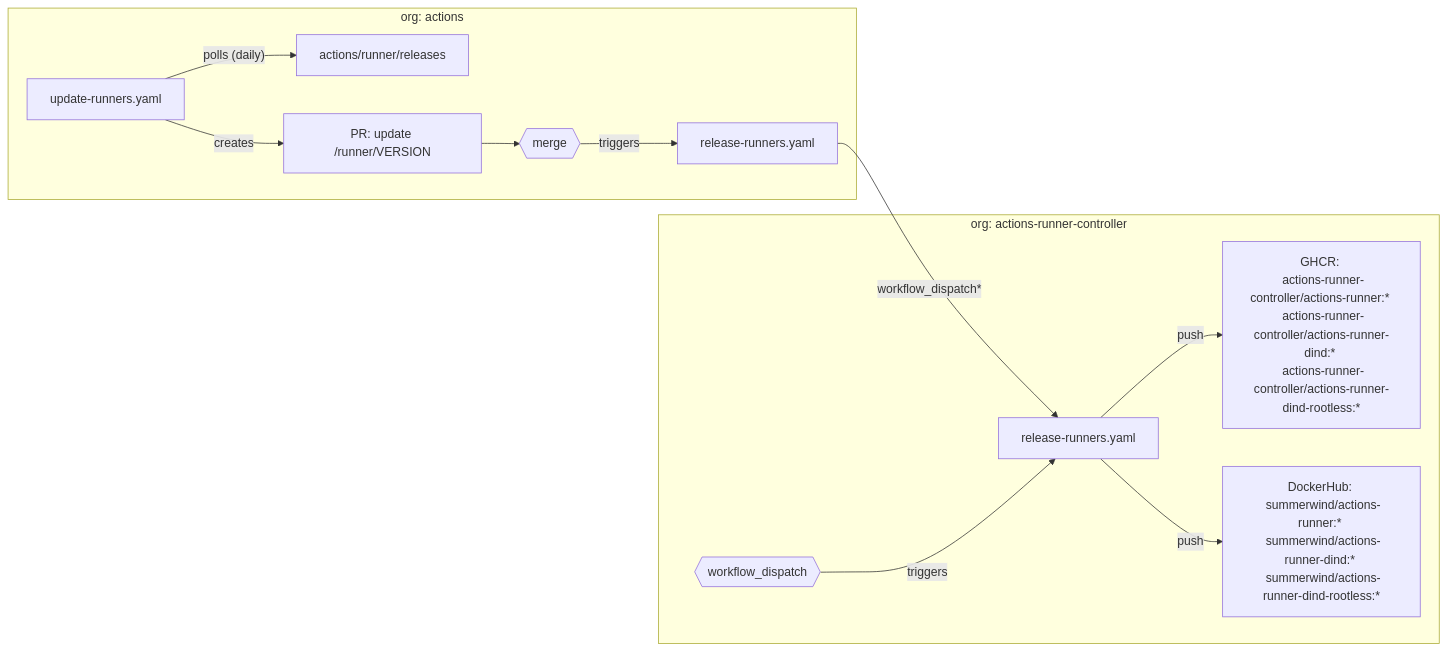
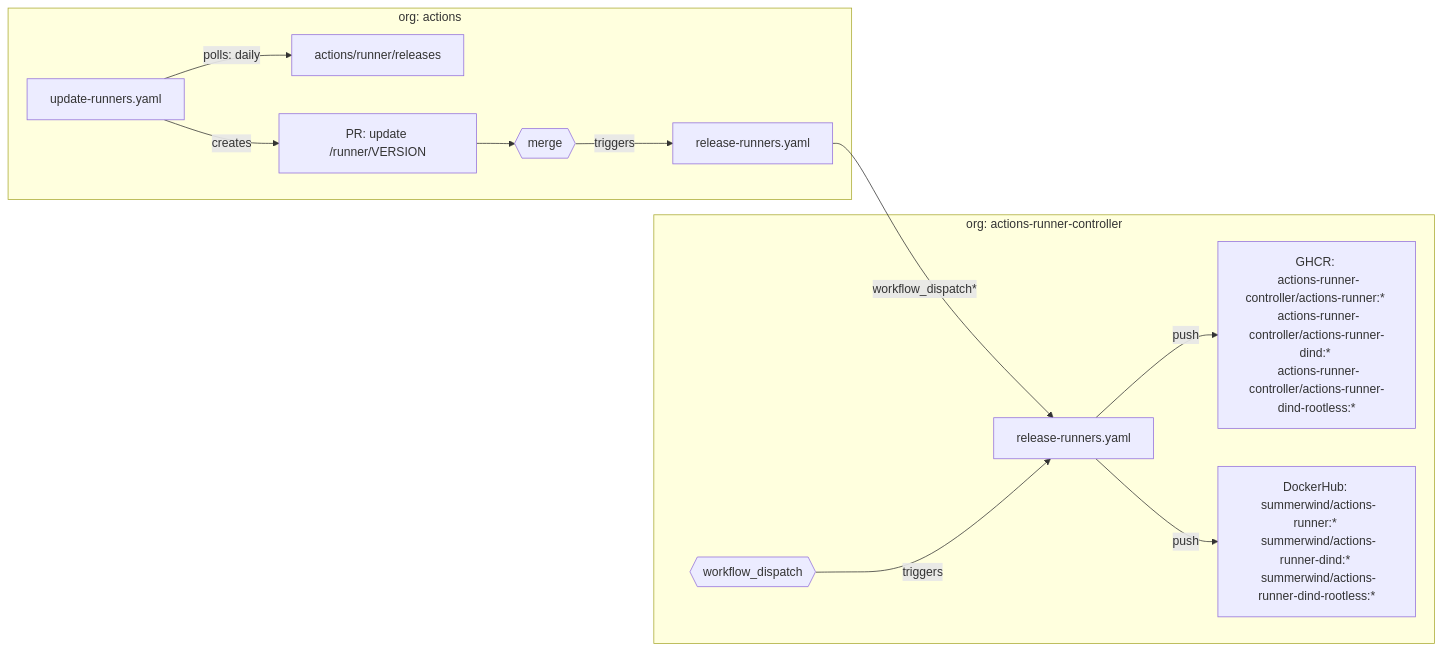
The first of 3 diagrams in README.md (actions-runner-controller/releases), drawn with Mermaid before and after one commit.

````diff
--- a/README.md
+++ b/README.md
@@ -11,15 +11,15 @@
 ```mermaid
 flowchart LR
     workflow["release-runners.yaml"] -- workflow_dispatch* --> workflow_b["release-runners.yaml"]
     subgraph org: actions
-    update_runners_workflow["update-runners.yaml"] -- polls (daily) --> runner_releases["actions/runner/releases"]
+    update_runners_workflow["update-runners.yaml"] -- polls: daily --> runner_releases["actions/runner/releases"]
     update_runners_workflow -- creates --> runner_update_pr["PR: update /runner/VERSION"]
     runner_update_pr --> runner_update_pr_merge{{"merge"}}
     runner_update_pr_merge -- triggers --> workflow["release-runners.yaml"]
     end
     subgraph org: actions-runner-controller
     workflow_b["release-runners.yaml"] -- push --> A["GHCR: \n actions-runner-controller/actions-runner:* \n actions-runner-controller/actions-runner-dind:* \n actions-runner-controller/actions-runner-dind-rootless:*"]
     workflow_b["release-runners.yaml"] -- push --> B["DockerHub: \n summerwind/actions-runner:* \n summerwind/actions-runner-dind:* \n summerwind/actions-runner-dind-rootless:*"]
     event_b{{"workflow_dispatch"}} -- triggers --> workflow_b["release-runners.yaml"]
     end
 ```
````
